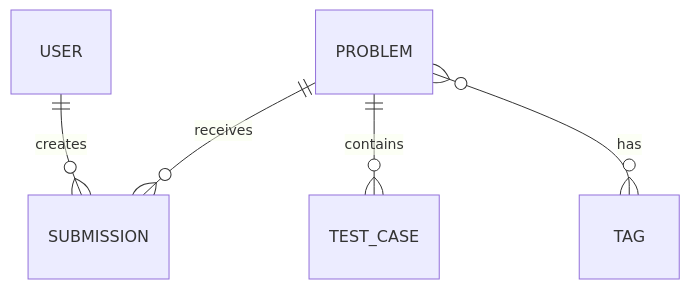
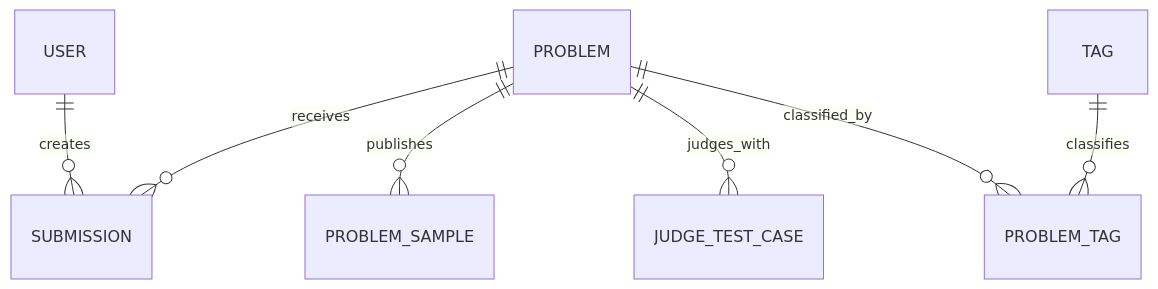
One commit to phom77/AlgoJudge changed the first of 2 diagrams in docs/domain-model.md. Above: the diagram before and after it, drawn with Mermaid. The commit also changed other lines of this file and 47 other files, not shown here.

````diff
--- a/docs/domain-model.md
+++ b/docs/domain-model.md
@@ -5,7 +5,9 @@
 ```mermaid
 erDiagram
     USER ||--o{ SUBMISSION : creates
     PROBLEM ||--o{ SUBMISSION : receives
-    PROBLEM ||--o{ TEST_CASE : contains
-    PROBLEM }o--o{ TAG : has
+    PROBLEM ||--o{ PROBLEM_SAMPLE : publishes
+    PROBLEM ||--o{ JUDGE_TEST_CASE : judges_with
+    PROBLEM ||--o{ PROBLEM_TAG : classified_by
+    TAG ||--o{ PROBLEM_TAG : classifies
 ```
````
